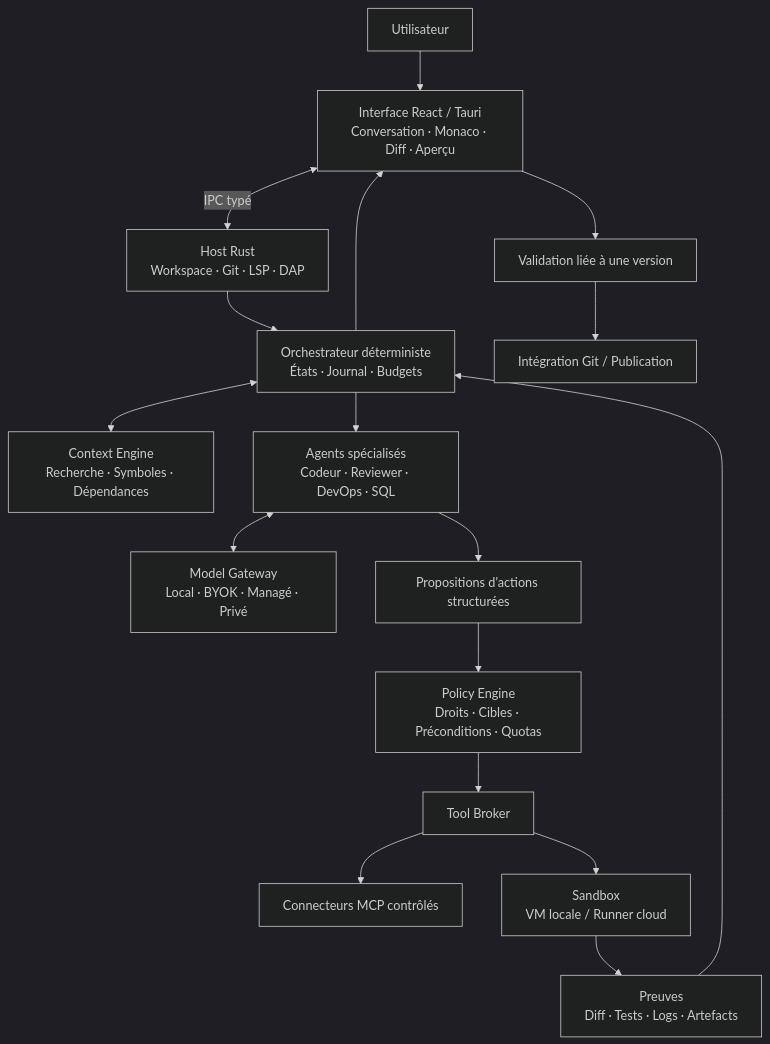
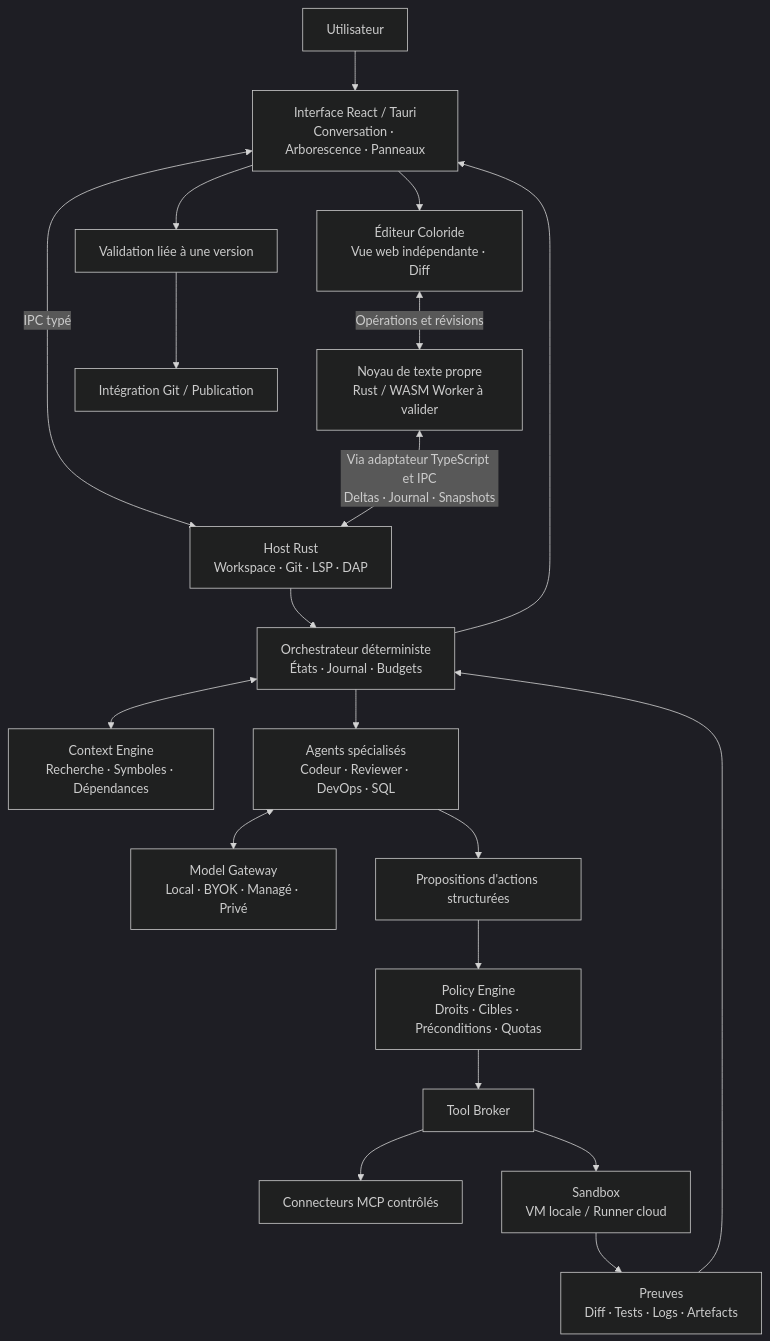
The first of 2 diagrams in ARCHITECTURE_TECHNIQUE.md (Color-IDE/Coloride), drawn with Mermaid (dark theme) before and after one commit. The commit also changed other lines of this file, not shown here.

Commit message:
Update architecture document to reflect changes in editor design and performance metrics

````diff
--- a/ARCHITECTURE_TECHNIQUE.md
+++ b/ARCHITECTURE_TECHNIQUE.md
@@ -61,19 +65,22 @@
 ```mermaid
 flowchart TB
-    U["Utilisateur"] --> UI["Interface React / Tauri<br/>Conversation · Monaco · Diff · Aperçu"]
+    U["Utilisateur"] --> UI["Interface React / Tauri<br/>Conversation · Arborescence · Panneaux"]
+    UI --> EV["Éditeur Coloride<br/>Vue web indépendante · Diff"]
+    EV <-->|"Opérations et révisions"| EC["Noyau de texte propre<br/>Rust / WASM Worker à valider"]
     UI <-->|"IPC typé"| H["Host Rust<br/>Workspace · Git · LSP · DAP"]
+    EC <-->|"Via adaptateur TypeScript et IPC<br/>Deltas · Journal · Snapshots"| H
     H --> O["Orchestrateur déterministe<br/>États · Journal · Budgets"]
     O <--> C["Context Engine<br/>Recherche · Symboles · Dépendances"]
     O --> A["Agents spécialisés<br/>Codeur · Reviewer · DevOps · SQL"]
     A <--> M["Model Gateway<br/>Local · BYOK · Managé · Privé"]
     A --> P["Propositions d'actions structurées"]
     P --> G["Policy Engine<br/>Droits · Cibles · Préconditions · Quotas"]
     G --> T["Tool Broker"]
     T --> MC["Connecteurs MCP contrôlés"]
     T --> S["Sandbox<br/>VM locale / Runner cloud"]
     S --> E["Preuves<br/>Diff · Tests · Logs · Artefacts"]
     E --> O
     O --> UI
     UI --> V["Validation liée à une version"]
     V --> I["Intégration Git / Publication"]
 ```
````
